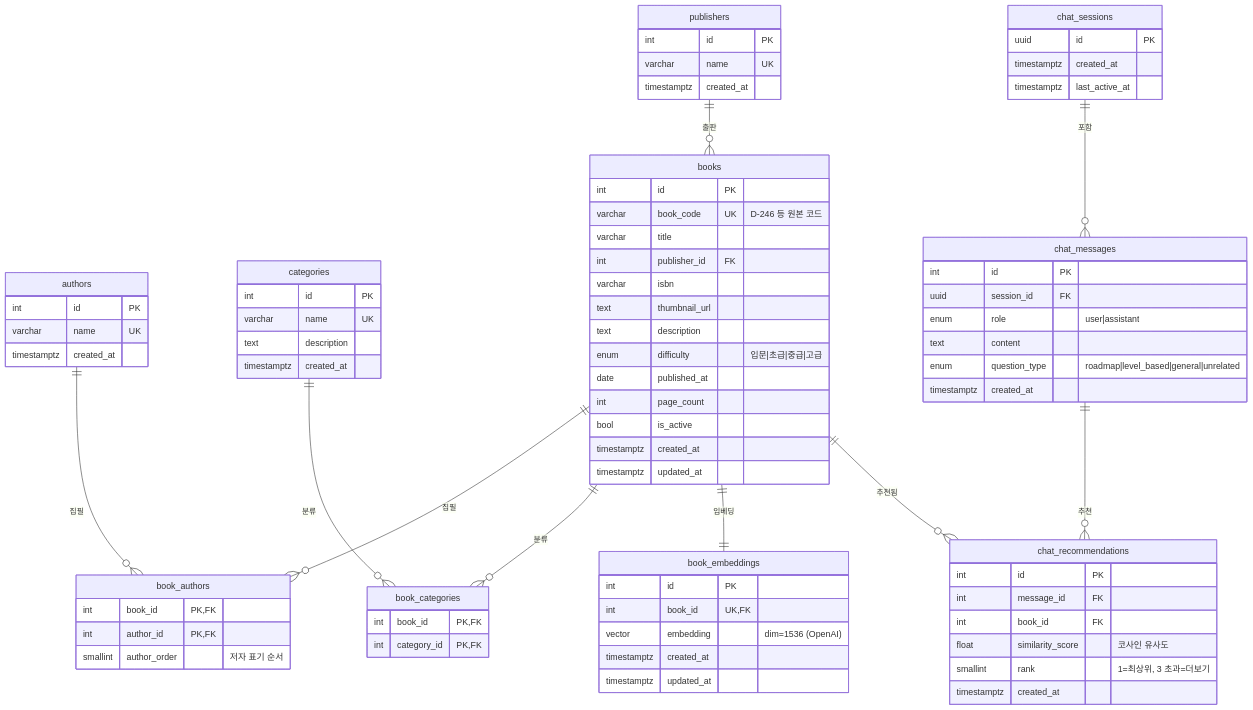
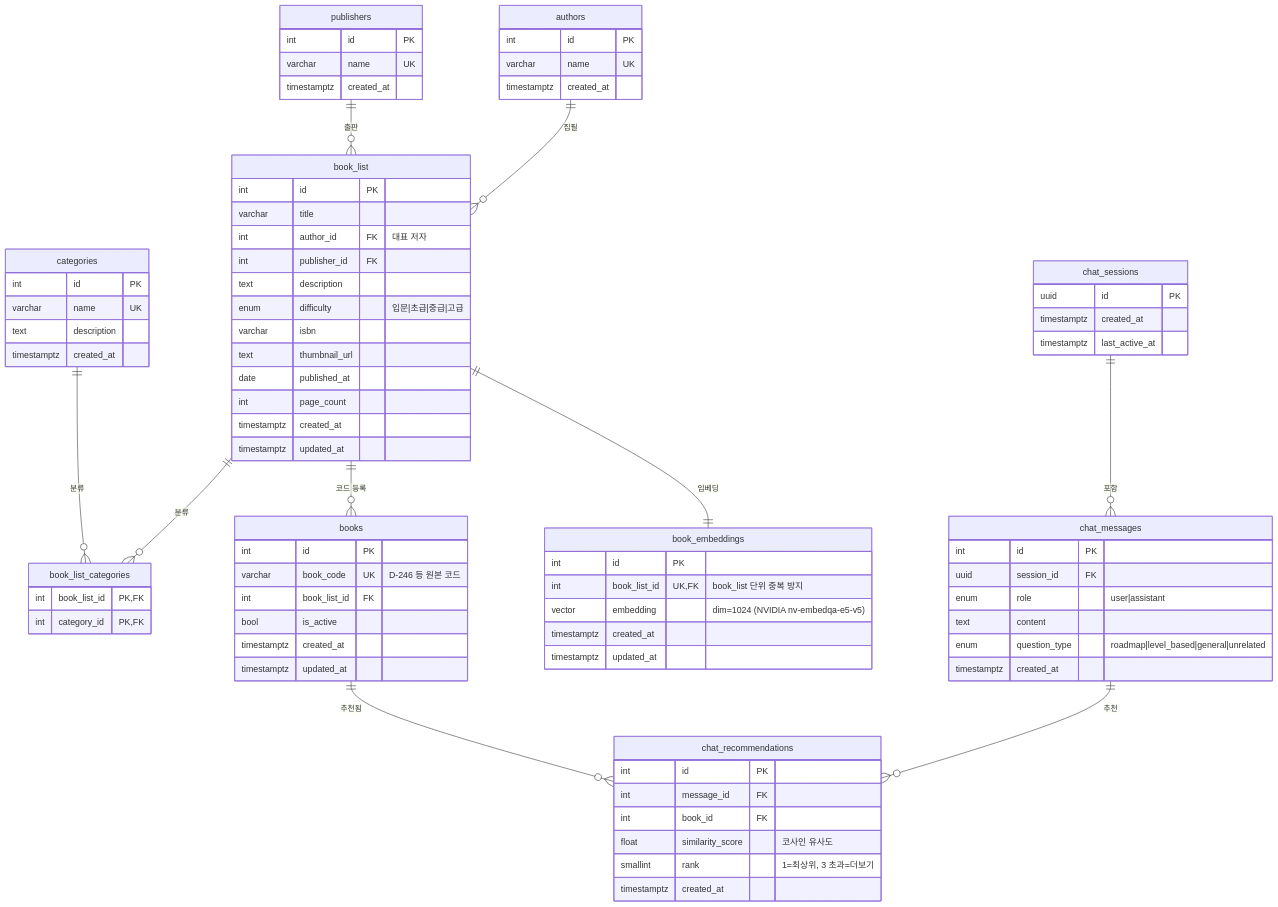
The diagram in docs/erd.md (khs980714/READ-ME), drawn with Mermaid before and after one commit. The commit also changed other lines of this file and 66 other files, not shown here.

Commit message:
feat: restructure DB schema with BookList model for book deduplication

```diff
--- a/docs/erd.md
+++ b/docs/erd.md
@@ -27,37 +27,39 @@
         timestamptz created_at
     }
 
+    book_list {
+        int     id              PK
+        varchar title
+        int     author_id       FK  "대표 저자"
+        int     publisher_id    FK
+        text    description
+        enum    difficulty          "입문|초급|중급|고급"
+        varchar isbn
+        text    thumbnail_url
+        date    published_at
+        int     page_count
+        timestamptz created_at
+        timestamptz updated_at
+    }
+
+    book_list_categories {
+        int book_list_id    PK,FK
+        int category_id     PK,FK
+    }
+
     books {
         int     id              PK
         varchar book_code       UK  "D-246 등 원본 코드"
-        varchar title
-        int     publisher_id    FK
-        varchar isbn
-        text    thumbnail_url
-        text    description
-        enum    difficulty          "입문|초급|중급|고급"
-        date    published_at
-        int     page_count
+        int     book_list_id    FK
         bool    is_active
         timestamptz created_at
         timestamptz updated_at
     }
 
-    book_authors {
-        int      book_id       PK,FK
-        int      author_id     PK,FK
-        smallint author_order      "저자 표기 순서"
-    }
-
-    book_categories {
-        int book_id         PK,FK
-        int category_id     PK,FK
-    }
-
     book_embeddings {
-        int     id          PK
-        int     book_id     UK,FK
-        vector  embedding       "dim=1536 (OpenAI)"
+        int     id              PK
+        int     book_list_id    UK,FK  "book_list 단위 중복 방지"
+        vector  embedding           "dim=1024 (NVIDIA nv-embedqa-e5-v5)"
         timestamptz created_at
         timestamptz updated_at
     }
@@ -90,12 +92,12 @@
 
     %% ── 관계 ─────────────────────────────────────────────────
 
-    publishers      ||--o{ books               : "출판"
-    books           ||--o{ book_authors         : "집필"
-    authors         ||--o{ book_authors         : "집필"
-    books           ||--o{ book_categories      : "분류"
-    categories      ||--o{ book_categories      : "분류"
-    books           ||--|| book_embeddings      : "임베딩"
+    publishers      ||--o{ book_list            : "출판"
+    authors         ||--o{ book_list            : "집필"
+    book_list       ||--o{ book_list_categories : "분류"
+    categories      ||--o{ book_list_categories : "분류"
+    book_list       ||--o{ books               : "코드 등록"
+    book_list       ||--|| book_embeddings      : "임베딩"
     chat_sessions   ||--o{ chat_messages        : "포함"
     chat_messages   ||--o{ chat_recommendations : "추천"
     books           ||--o{ chat_recommendations : "추천됨"
```
